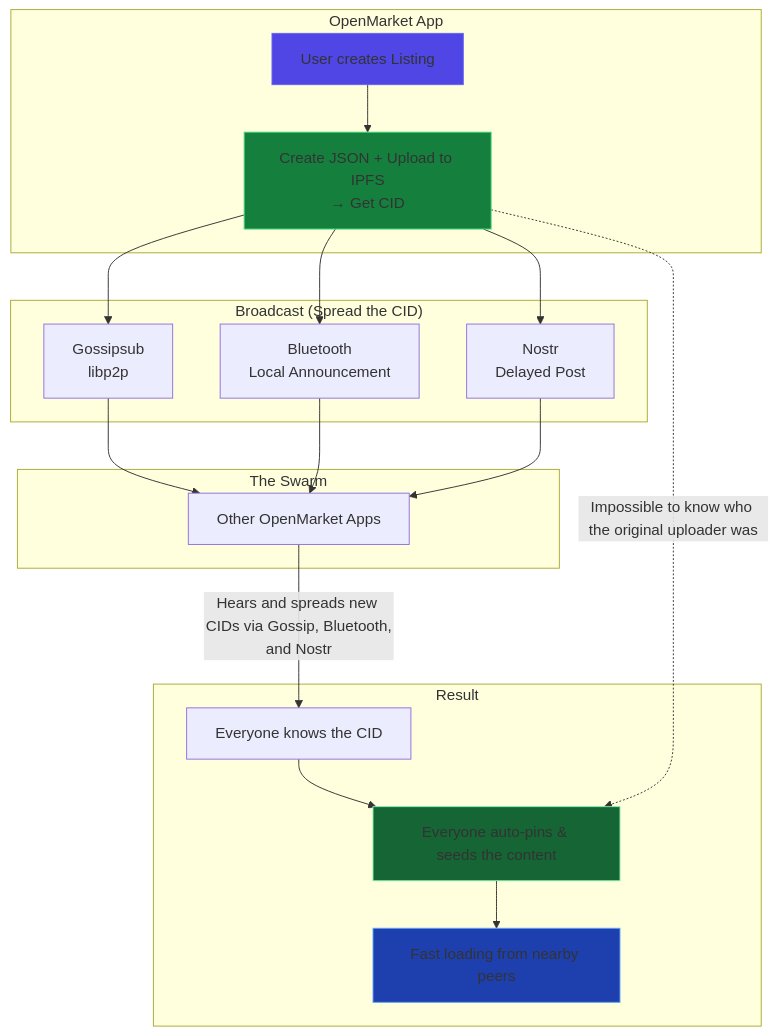
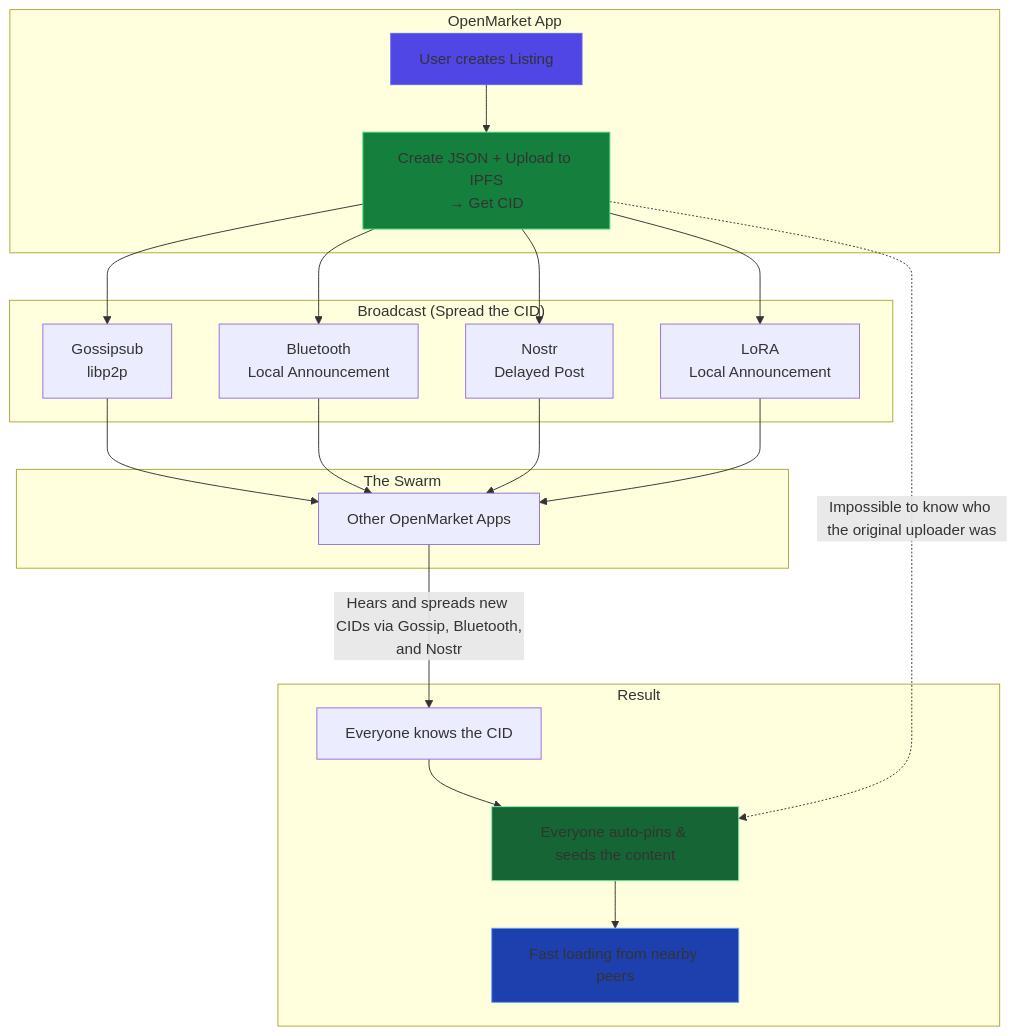
Before and after one commit to lukeprofits/OpenMarket: the diagram in README.md, drawn with Mermaid.

````diff
--- a/README.md
+++ b/README.md
@@ -14,43 +14,46 @@
 ```mermaid
 flowchart TD
     subgraph "OpenMarket App"
         A[User creates Listing] 
         B[Create JSON + Upload to IPFS<br/>→ Get CID]
     end
 
     subgraph "Broadcast (Spread the CID)"
         C[Gossipsub<br/>libp2p]
         D[Bluetooth<br/>Local Announcement]
         E[Nostr<br/>Delayed Post]
+        J[LoRA<br/>Local Announcement]
     end
 
     subgraph "The Swarm"
         F[Other OpenMarket Apps]
     end
 
     subgraph "Result"
         G[Everyone knows the CID]
         H[Everyone auto-pins & seeds the content]
         I[Fast loading from nearby peers]
     end
 
     A --> B
     B --> C
     B --> D
     B --> E
+    B --> J
 
     C --> F
     D --> F
     E --> F
+    J --> F
 
     F -->|"Hears and spreads new CIDs via Gossip, Bluetooth,<br/>and Nostr"| G
     G --> H
     H --> I
 
     B -.->|"Impossible to know who the original uploader was"| H
 
     style A fill:#4f46e5,stroke:#6366f1
     style B fill:#15803d,stroke:#4ade80
     style H fill:#166534,stroke:#86efac
     style I fill:#1e40af,stroke:#60a5fa
 ```
````
